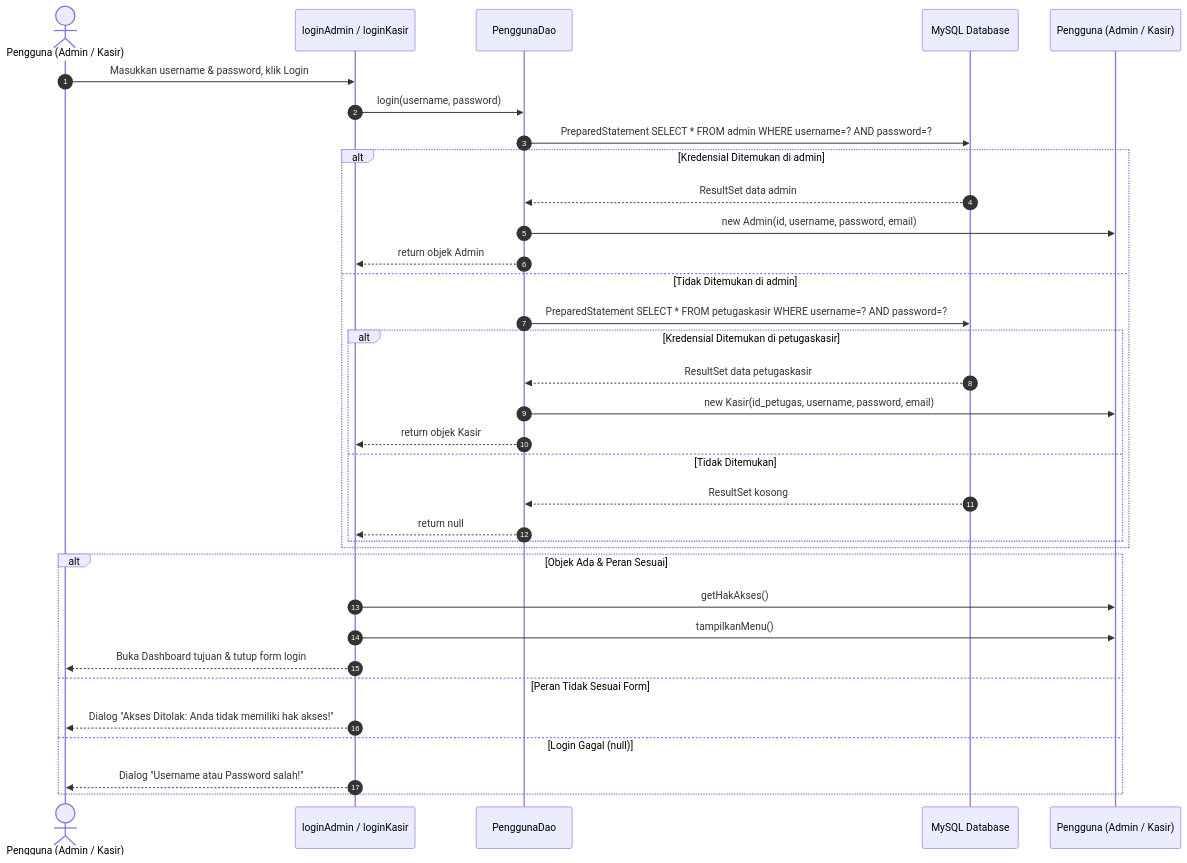
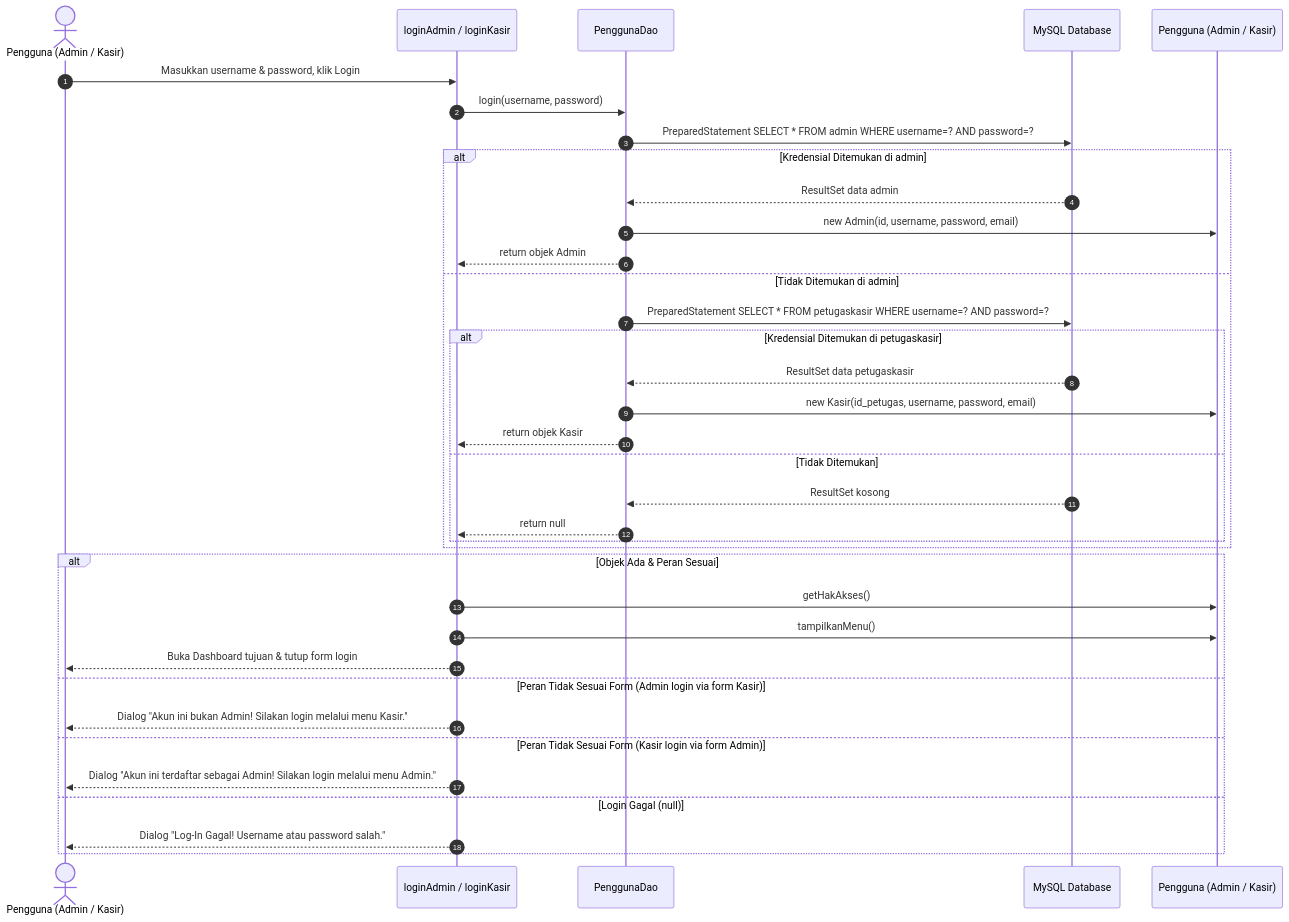
Before and after one commit to NarendroWicaksono/POS-KasirJAVA-PBO: the third of 6 diagrams in DOKUMENTASI_LAPORAN.md, drawn with Mermaid. The commit also changed other lines of this file and 1 other file, not shown here.

Commit message:
Perbaiki dokumentasi sesuai kode final

````diff
--- a/DOKUMENTASI_LAPORAN.md
+++ b/DOKUMENTASI_LAPORAN.md
@@ -374,38 +373,40 @@
 ```mermaid
 sequenceDiagram
     autonumber
     actor User as Pengguna (Admin / Kasir)
     participant Form as loginAdmin / loginKasir
     participant DAO as PenggunaDao
     participant DB as MySQL Database
     participant P as Pengguna (Admin / Kasir)
 
     User->>Form: Masukkan username & password, klik Login
     Form->>DAO: login(username, password)
     DAO->>DB: PreparedStatement SELECT * FROM admin WHERE username=? AND password=?
     alt Kredensial Ditemukan di admin
         DB-->>DAO: ResultSet data admin
         DAO->>P: new Admin(id, username, password, email)
         DAO-->>Form: return objek Admin
     else Tidak Ditemukan di admin
         DAO->>DB: PreparedStatement SELECT * FROM petugaskasir WHERE username=? AND password=?
         alt Kredensial Ditemukan di petugaskasir
             DB-->>DAO: ResultSet data petugaskasir
             DAO->>P: new Kasir(id_petugas, username, password, email)
             DAO-->>Form: return objek Kasir
         else Tidak Ditemukan
             DB-->>DAO: ResultSet kosong
             DAO-->>Form: return null
         end
     end
 
     alt Objek Ada & Peran Sesuai
         Form->>P: getHakAkses()
         Form->>P: tampilkanMenu()
         Form-->>User: Buka Dashboard tujuan & tutup form login
-    else Peran Tidak Sesuai Form
-        Form-->>User: Dialog "Akses Ditolak: Anda tidak memiliki hak akses!"
+    else Peran Tidak Sesuai Form (Admin login via form Kasir)
+        Form-->>User: Dialog "Akun ini bukan Admin! Silakan login melalui menu Kasir."
+    else Peran Tidak Sesuai Form (Kasir login via form Admin)
+        Form-->>User: Dialog "Akun ini terdaftar sebagai Admin! Silakan login melalui menu Admin."
     else Login Gagal (null)
-        Form-->>User: Dialog "Username atau Password salah!"
+        Form-->>User: Dialog "Log-In Gagal! Username atau password salah."
     end
 ```
````
